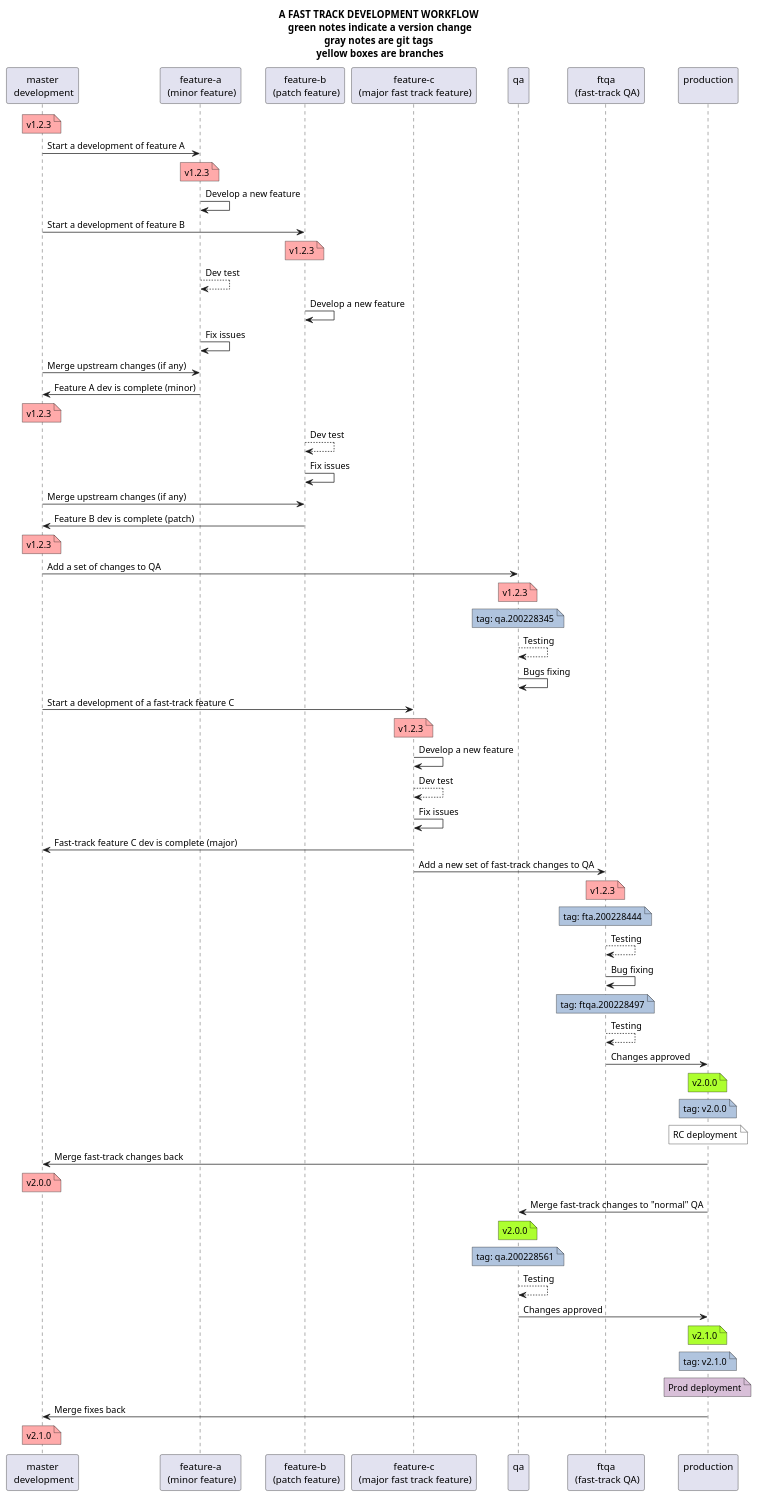
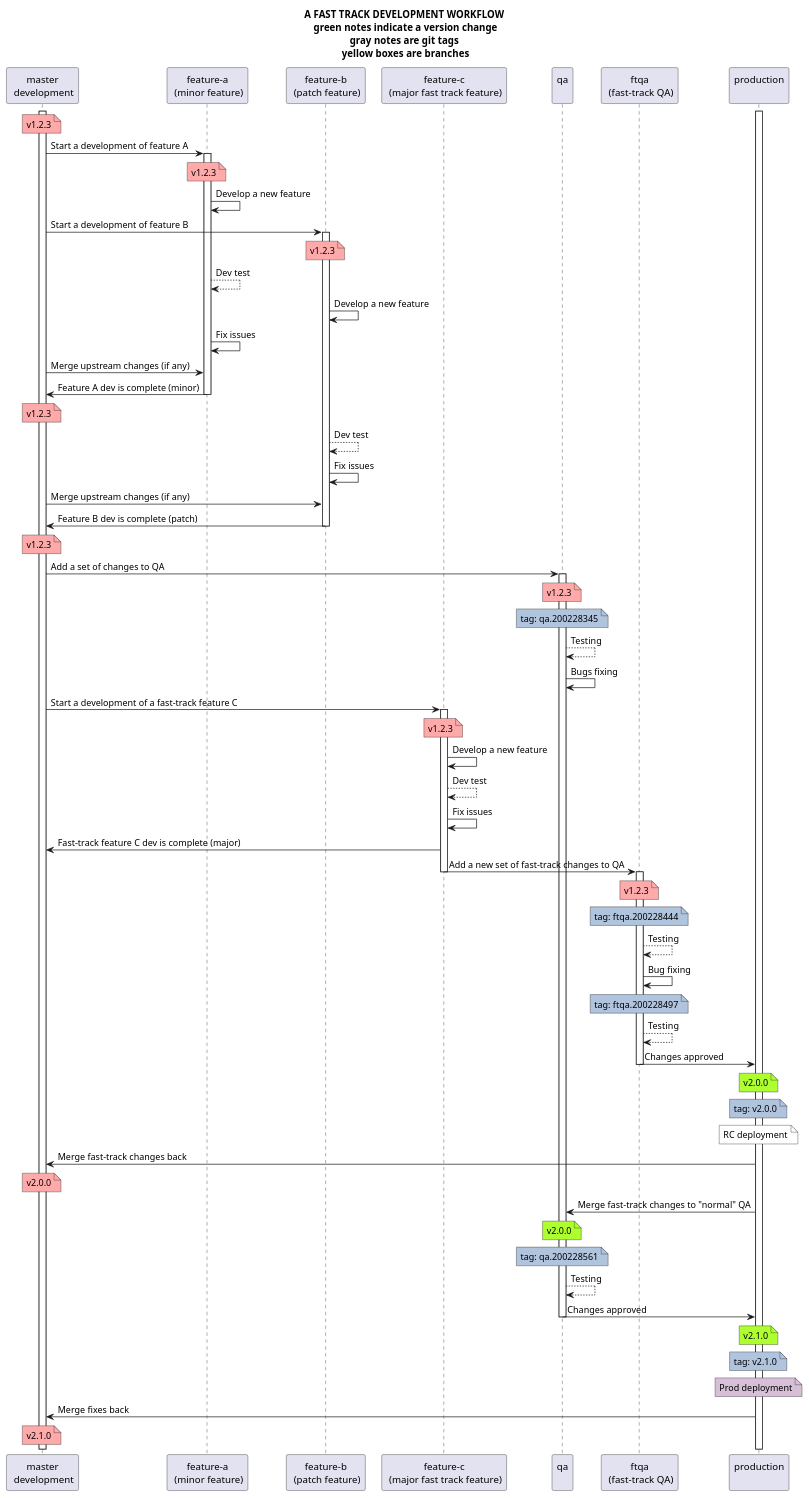
The diagram in development/git-workflow/git-fast-track-worklow-proposal.puml (alpheios-project/documentation), drawn with PlantUML before and after one commit. The commit also changed 3 other files, not shown here.

Commit message:
Added lifelines to diagrams

```diff
--- a/development/git-workflow/git-fast-track-worklow-proposal.puml
+++ b/development/git-workflow/git-fast-track-worklow-proposal.puml
@@ -1,68 +1,81 @@
 @startuml
 title A FAST TRACK DEVELOPMENT WORKFLOW\n green notes indicate a version change\n gray notes are git tags \n yellow boxes are branches
 participant "master\n development" as mst
 participant "feature-a\n (minor feature)" as f1
 participant "feature-b\n (patch feature)" as f2
 participant "feature-c\n (major fast track feature)" as f3
 participant "qa\n" as qa
 participant "ftqa\n (fast-track QA)" as ftqa
 participant "production\n" as prod
 
+activate mst
+activate prod
+
 note over mst #FFAAAA: v1.2.3
 mst -> f1: Start a development of feature A
+activate f1
 note over f1 #FFAAAA: v1.2.3
 f1 -> f1: Develop a new feature
 mst -> f2: Start a development of feature B
+activate f2
 note over f2 #FFAAAA: v1.2.3
 f1 --> f1: Dev test
 f2 -> f2: Develop a new feature
 f1 -> f1: Fix issues
 mst -> f1: Merge upstream changes (if any)
 f1 -> mst: Feature A dev is complete (minor)
+deactivate f1
 note over mst #FFAAAA: v1.2.3
 
 f2 --> f2: Dev test
 f2 -> f2: Fix issues
 mst -> f2: Merge upstream changes (if any)
 f2 -> mst: Feature B dev is complete (patch)
+deactivate f2
 note over mst #FFAAAA: v1.2.3
 
 mst -> qa: Add a set of changes to QA
+activate qa
 note over qa #FFAAAA: v1.2.3
 note over qa #LightSteelBlue: tag: qa.200228345
 qa --> qa: Testing
 qa -> qa: Bugs fixing
 
 mst -> f3: Start a development of a fast-track feature C
+activate f3
 note over f3 #FFAAAA: v1.2.3
 f3 -> f3: Develop a new feature
 f3 --> f3: Dev test
 f3 -> f3: Fix issues
 f3 -> mst: Fast-track feature C dev is complete (major)
+f3 -> ftqa: Add a new set of fast-track changes to QA
+deactivate f3
 
-f3 -> ftqa: Add a new set of fast-track changes to QA
+activate ftqa
 note over ftqa #FFAAAA: v1.2.3
-note over ftqa #LightSteelBlue: tag: fta.200228444
+note over ftqa #LightSteelBlue: tag: ftqa.200228444
 ftqa --> ftqa: Testing
 ftqa -> ftqa: Bug fixing
 note over ftqa #LightSteelBlue: tag: ftqa.200228497
 ftqa --> ftqa: Testing
 ftqa -> prod: Changes approved
+deactivate ftqa
 note over prod #GreenYellow: v2.0.0
 note over prod #LightSteelBlue: tag: v2.0.0
 note over prod #White: RC deployment
 
 prod -> mst: Merge fast-track changes back
 note over mst #FFAAAA: v2.0.0
 prod -> qa: Merge fast-track changes to "normal" QA
 note over qa #GreenYellow: v2.0.0
 note over qa #LightSteelBlue: tag: qa.200228561
 
 qa --> qa: Testing
 qa -> prod: Changes approved
+deactivate qa
 note over prod #GreenYellow: v2.1.0
 note over prod #LightSteelBlue: tag: v2.1.0
 note over prod #Thistle: Prod deployment
 prod -> mst: Merge fixes back
 note over mst #FFAAAA: v2.1.0
 @enduml
```
